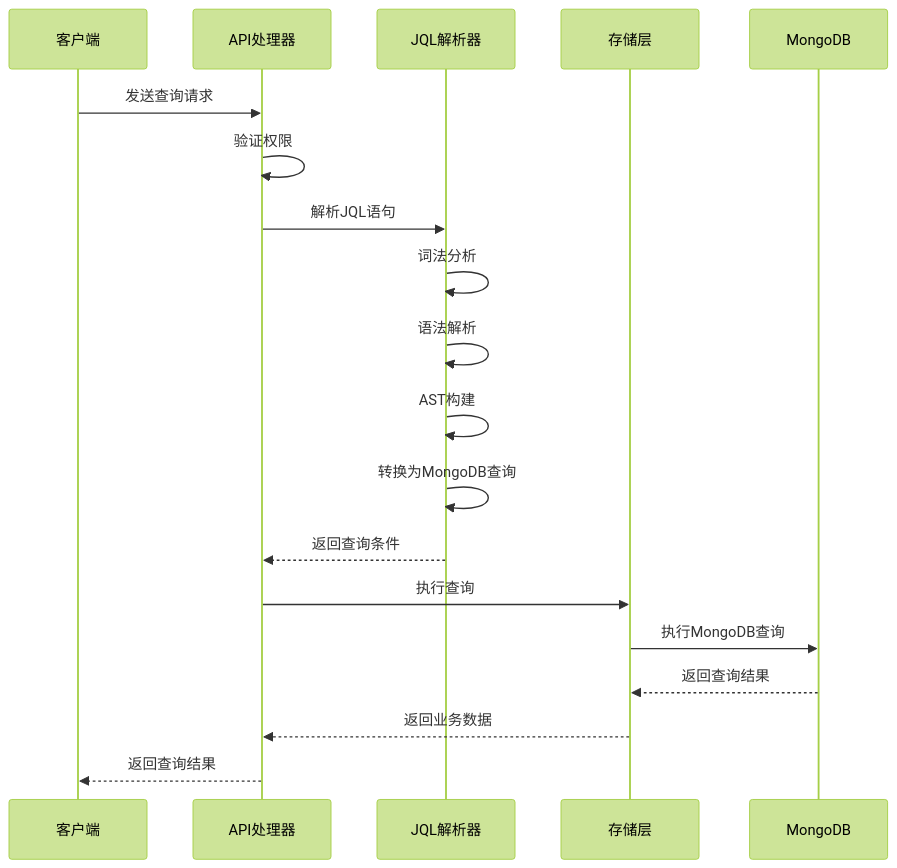
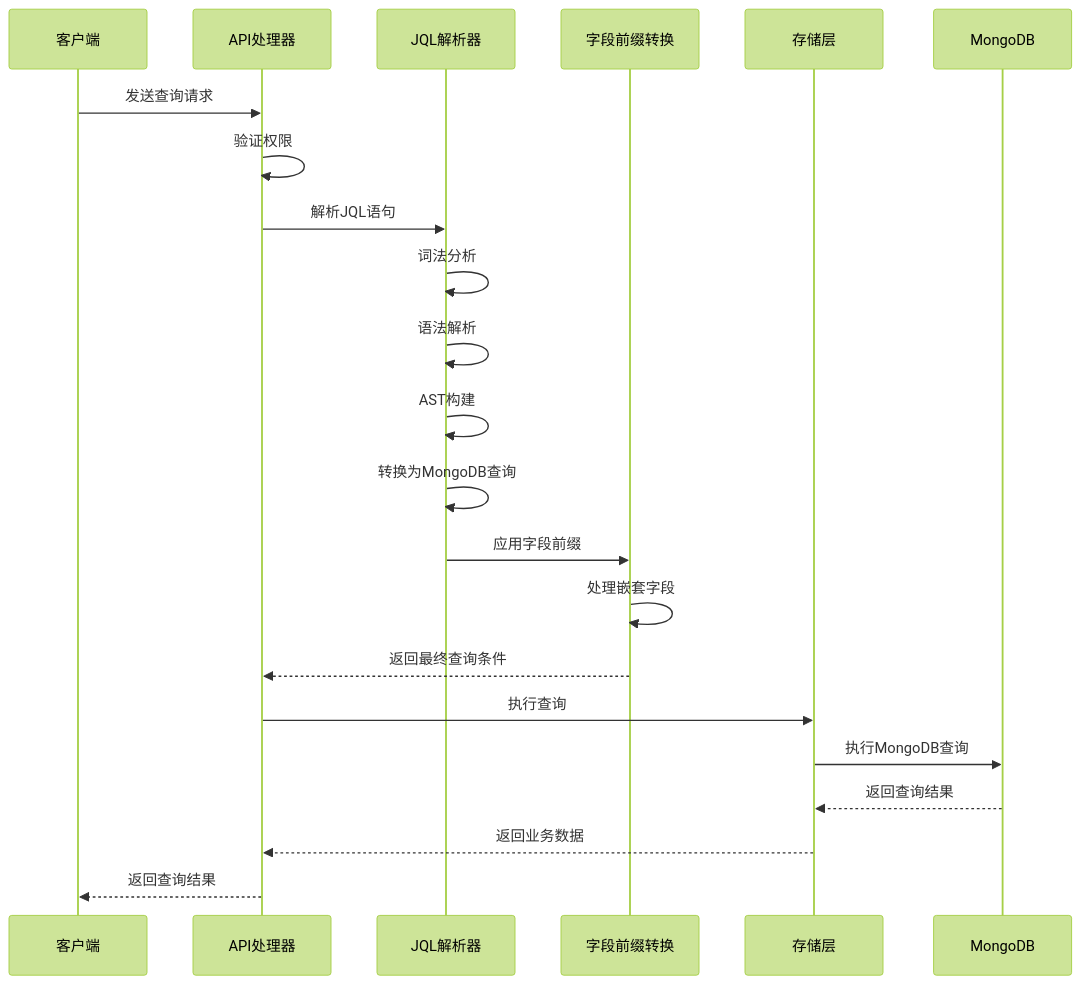
One commit to mcliangload/datacenter changed the second of 4 diagrams in .qoder/repowiki/zh/content/JQL查询系统/JQL查询系统.md. Above: the diagram before and after it, drawn with Mermaid (forest theme). The commit also changed other lines of this file and 6 other files, not shown here.

````diff
--- a/.qoder/repowiki/zh/content/JQL查询系统/JQL查询系统.md
+++ b/.qoder/repowiki/zh/content/JQL查询系统/JQL查询系统.md
@@ -143,21 +191,24 @@
 ```mermaid
 sequenceDiagram
 participant Client as 客户端
 participant API as API处理器
 participant Parser as JQL解析器
+participant Prefix as 字段前缀转换
 participant Storage as 存储层
 participant MongoDB as MongoDB
 Client->>API : 发送查询请求
 API->>API : 验证权限
 API->>Parser : 解析JQL语句
 Parser->>Parser : 词法分析
 Parser->>Parser : 语法解析
 Parser->>Parser : AST构建
 Parser->>Parser : 转换为MongoDB查询
-Parser-->>API : 返回查询条件
+Parser->>Prefix : 应用字段前缀
+Prefix->>Prefix : 处理嵌套字段
+Prefix-->>API : 返回最终查询条件
 API->>Storage : 执行查询
 Storage->>MongoDB : 执行MongoDB查询
 MongoDB-->>Storage : 返回查询结果
 Storage-->>API : 返回业务数据
 API-->>Client : 返回查询结果
 ```
````
